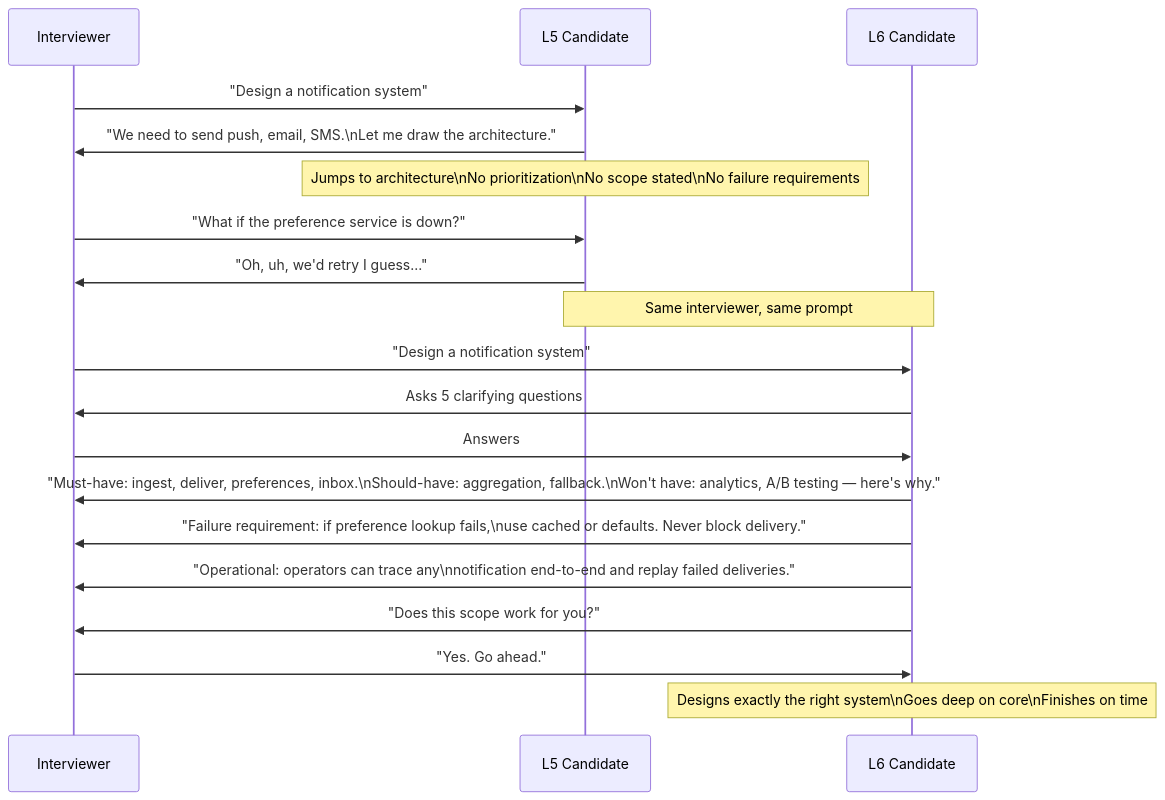
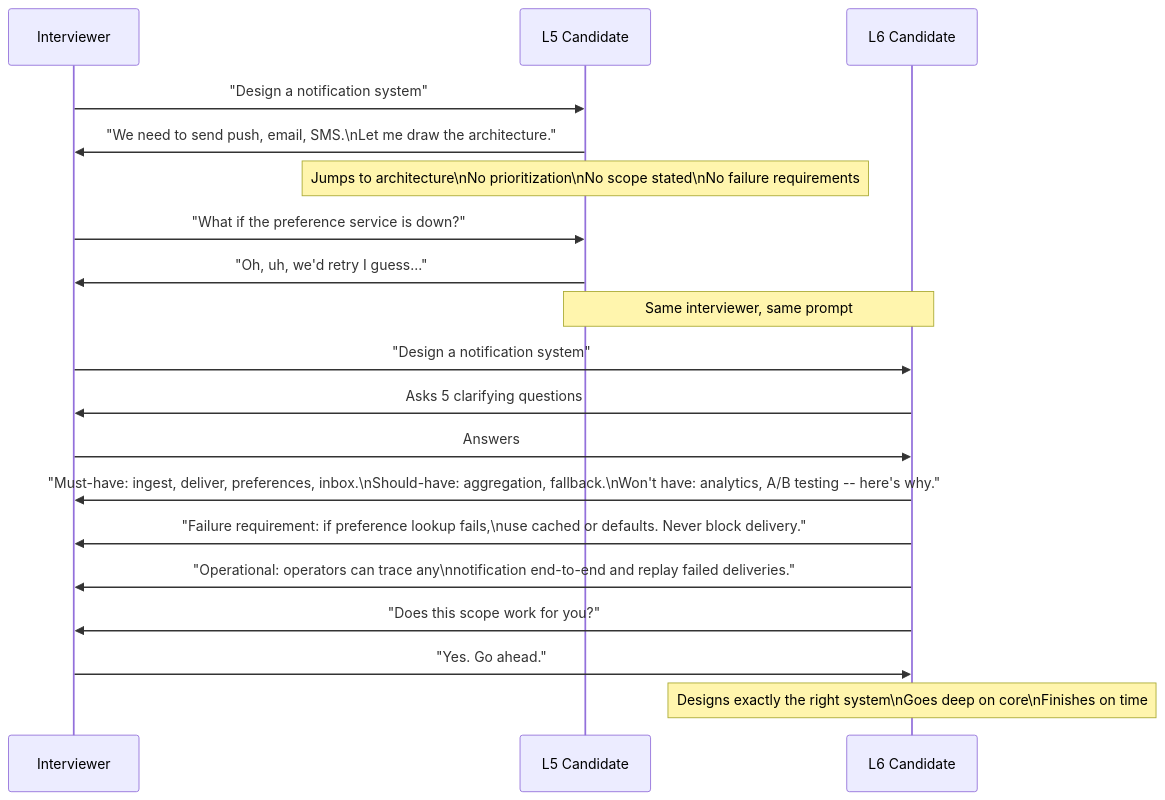
Before and after one commit to ranjeetnegi/System-Design-for-Staff-SWE: the seventh of 9 diagrams in Section2/Chapter_15_Phase_2_Functional_Requirements.md, drawn with Mermaid. The commit also changed other lines of this file and 20 other files, not shown here.

````diff
--- a/Section2/Chapter_15_Phase_2_Functional_Requirements.md
+++ b/Section2/Chapter_15_Phase_2_Functional_Requirements.md
@@ -1957,24 +1957,24 @@
 ```mermaid
 sequenceDiagram
     participant Interviewer
     participant L5 as L5 Candidate
     participant L6 as L6 Candidate
 
     Interviewer->>L5: "Design a notification system"
     L5->>Interviewer: "We need to send push, email, SMS.\nLet me draw the architecture."
     Note over L5: Jumps to architecture\nNo prioritization\nNo scope stated\nNo failure requirements
     Interviewer->>L5: "What if the preference service is down?"
     L5->>Interviewer: "Oh, uh, we'd retry I guess..."
 
     Note over L5,L6: Same interviewer, same prompt
 
     Interviewer->>L6: "Design a notification system"
     L6->>Interviewer: Asks 5 clarifying questions
     Interviewer->>L6: Answers
-    L6->>Interviewer: "Must-have: ingest, deliver, preferences, inbox.\nShould-have: aggregation, fallback.\nWon't have: analytics, A/B testing — here's why."
+    L6->>Interviewer: "Must-have: ingest, deliver, preferences, inbox.\nShould-have: aggregation, fallback.\nWon't have: analytics, A/B testing -- here's why."
     L6->>Interviewer: "Failure requirement: if preference lookup fails,\nuse cached or defaults. Never block delivery."
     L6->>Interviewer: "Operational: operators can trace any\nnotification end-to-end and replay failed deliveries."
     L6->>Interviewer: "Does this scope work for you?"
     Interviewer->>L6: "Yes. Go ahead."
     Note over L6: Designs exactly the right system\nGoes deep on core\nFinishes on time
 ```
````
